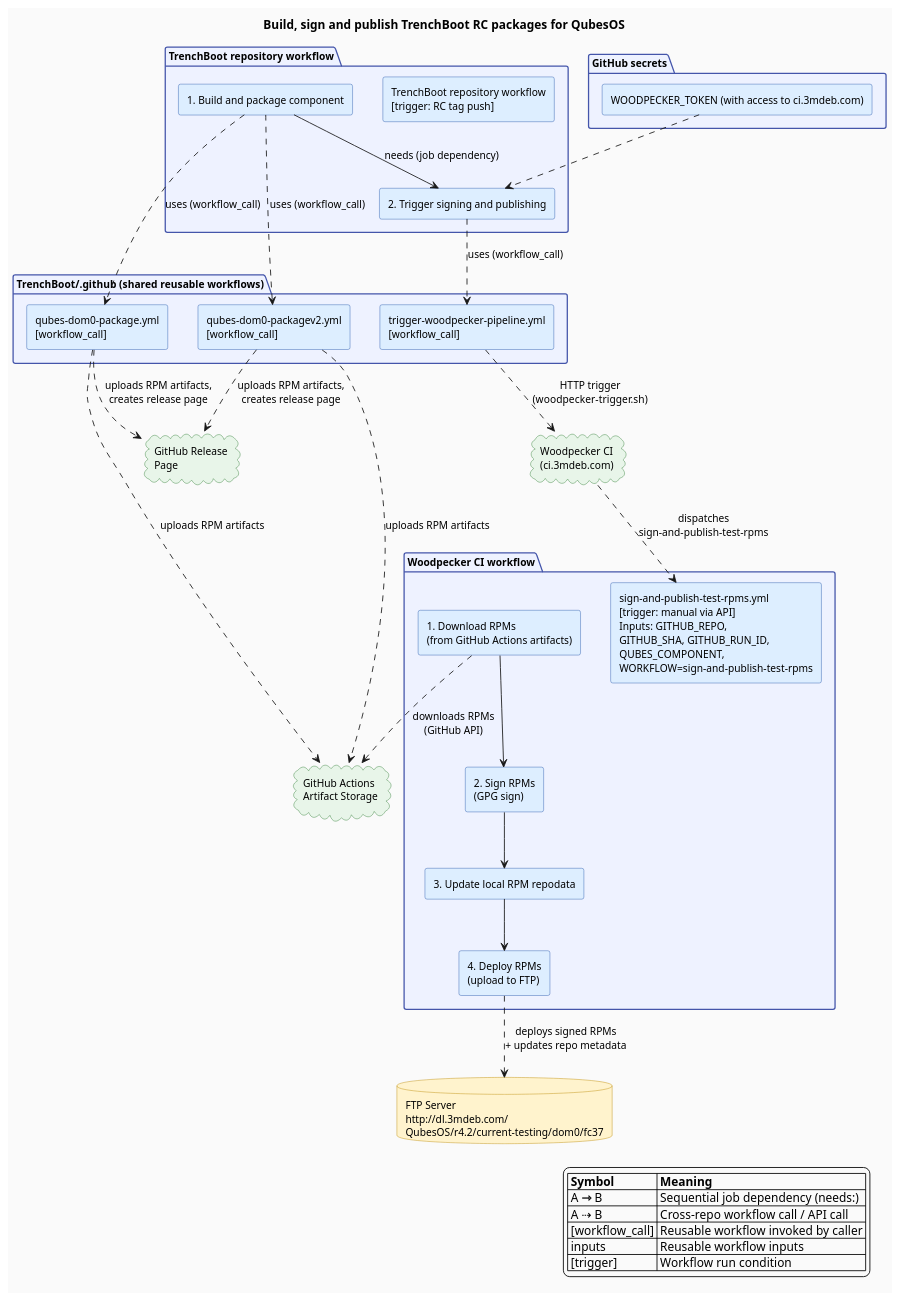
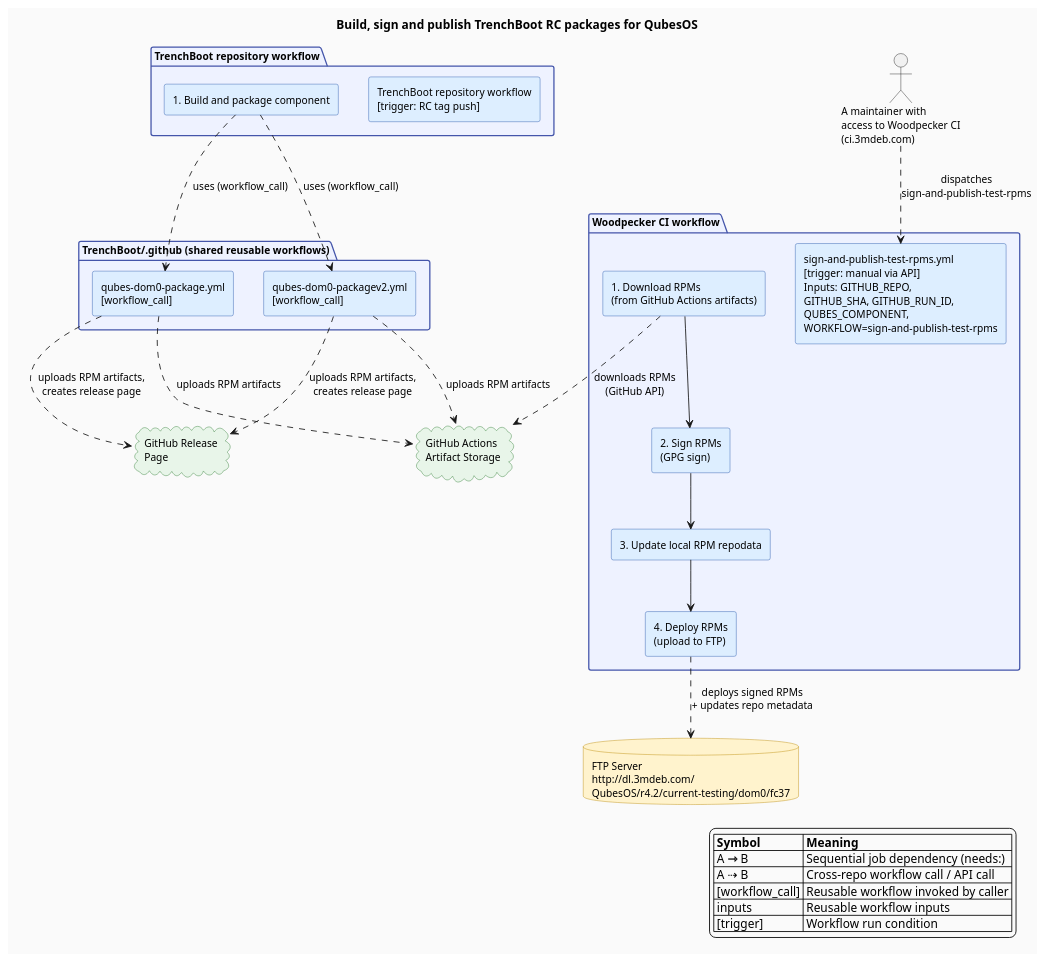
One commit to TrenchBoot/TrenchBoot.github.io changed the diagram in docs/img/rc-workflow-general.puml. Above: the diagram before and after it, drawn with PlantUML. The commit also changed 1 other file, not shown here.

Commit message:
docs: img: rc-workflow-general.png: do not trigger Woodpecker CI via HTTP
This is to prevent Woodpecker token leaks that could compromise either
the process of signing the packages built as a part of TrenchBoot
project and/or entire ci.3mdeb.com instance. The reason: a Woodpecker
token cannot be configured only for workflow dispatch, instead it gives
access to an entire Woodpecker API including, among others, replacing the
signing key for the packages. By storing the token as a GitHub secret -
the entire TrenchBoot workflow relies on security of the GitHub and
proper management of the secrets (which is very error prone due to human
factor when designing the workflows). It was decided, that such a risk
is unacceptable either by 3mdeb and TrenchBoot project.

```diff
--- a/docs/img/rc-workflow-general.puml
+++ b/docs/img/rc-workflow-general.puml
@@ -1,90 +1,78 @@
 @startuml
 skinparam backgroundColor #FAFAFA
 skinparam componentStyle rectangle
 skinparam defaultFontName Monospace
 skinparam defaultFontSize 12
 
 skinparam package {
   BackgroundColor #EEF2FF
   BorderColor #4455AA
   FontStyle bold
 }
 
 skinparam component {
   BackgroundColor #DDEEFF
   BorderColor #2255AA
 }
 
 skinparam database {
   BackgroundColor #FFF3CD
   BorderColor #BB8800
 }
 
 skinparam cloud {
   BackgroundColor #E8F5E9
   BorderColor #2E7D32
 }
 
 title Build, sign and publish TrenchBoot RC packages for QubesOS
 
 package "TrenchBoot/.github (shared reusable workflows)" as shared {
   component "qubes-dom0-package.yml\n[workflow_call]" as pkg_wf
   component "qubes-dom0-packagev2.yml\n[workflow_call]" as pkg_wf2
-  component "trigger-woodpecker-pipeline.yml\n[workflow_call]" as trigger_wf
 }
 
 package "TrenchBoot repository workflow" as repo {
   component "TrenchBoot repository workflow\n[trigger: RC tag push]"
   component "1. Build and package component" as j1
-  component "2. Trigger signing and publishing" as j2
-
-  j1 --> j2 : needs (job dependency)
 }
-
-package "GitHub secrets" as gh_secrets {
-  component "WOODPECKER_TOKEN (with access to ci.3mdeb.com)" as token
-}
-
-token ..> j2
 
 package "Woodpecker CI workflow" as wp_repo {
   component "sign-and-publish-test-rpms.yml\n[trigger: manual via API]\nInputs: GITHUB_REPO,\nGITHUB_SHA, GITHUB_RUN_ID,\nQUBES_COMPONENT,\nWORKFLOW=sign-and-publish-test-rpms" as wp_pipeline
 
   component "1. Download RPMs\n(from GitHub Actions artifacts)" as wp_s1
   component "2. Sign RPMs\n(GPG sign)" as wp_s2
   component "3. Update local RPM repodata" as wp_s3
   component "4. Deploy RPMs\n(upload to FTP)" as wp_s4
 
   wp_s1 --> wp_s2
   wp_s2 --> wp_s3
   wp_s3 --> wp_s4
 }
 
 cloud "GitHub Actions\nArtifact Storage" as gh_artifacts
 cloud "GitHub Release\nPage" as gh_release
 database "FTP Server\nhttp://dl.3mdeb.com/\nQubesOS/r4.2/current-testing/dom0/fc37" as ftp_server
-cloud "Woodpecker CI\n(ci.3mdeb.com)" as woodpecker_ci
+actor "A maintainer with\naccess to Woodpecker CI\n(ci.3mdeb.com)" as woodpecker_ci
 
 j1 ..> pkg_wf : uses (workflow_call)
 j1 ..> pkg_wf2 : uses (workflow_call)
-j2 ..> trigger_wf : uses (workflow_call)
 
 pkg_wf ..> gh_artifacts : uploads RPM artifacts
 pkg_wf2 ..> gh_artifacts : uploads RPM artifacts
 pkg_wf ..> gh_release : "uploads RPM artifacts,\ncreates release page"
 pkg_wf2 ..> gh_release : "uploads RPM artifacts,\ncreates release page"
-trigger_wf ..> woodpecker_ci : HTTP trigger\n(woodpecker-trigger.sh)
 woodpecker_ci ..> wp_pipeline : dispatches\nsign-and-publish-test-rpms
 
 wp_s1 ..> gh_artifacts : downloads RPMs\n(GitHub API)
 wp_s4 ..> ftp_server : deploys signed RPMs\n+ updates repo metadata
 
 legend right
   |= Symbol |= Meaning |
   | A <b>⇾</b> B | Sequential job dependency (needs:) |
   | A ⇢ B | Cross-repo workflow call / API call |
   | [workflow_call] | Reusable workflow invoked by caller |
   | inputs | Reusable workflow inputs |
   | [trigger] | Workflow run condition |
 endlegend
 @enduml
```
